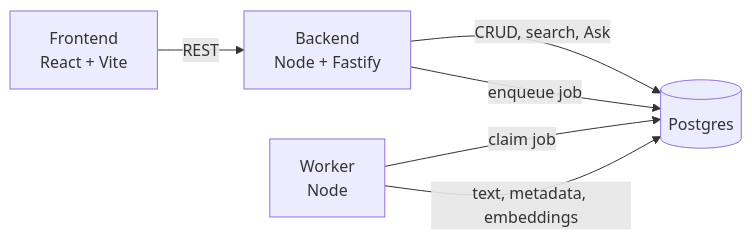
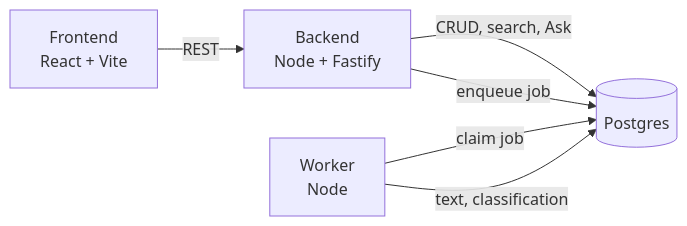
The diagram in README.md (kristifidani/personal-document-manager), drawn with Mermaid before and after one commit. The commit also changed other lines of this file and 11 other files, not shown here.

````diff
--- a/README.md
+++ b/README.md
@@ -29,8 +29,8 @@
 ```mermaid
 flowchart LR
     UI["Frontend<br/>React + Vite"] -->|REST| API["Backend<br/>Node + Fastify"]
     API -->|"CRUD, search, Ask"| DB[("Postgres")]
     API -->|"enqueue job"| DB
     W["Worker<br/>Node"] -->|"claim job"| DB
-    W -->|"text, metadata, embeddings"| DB
+    W -->|"text, classification"| DB
 ```
````
